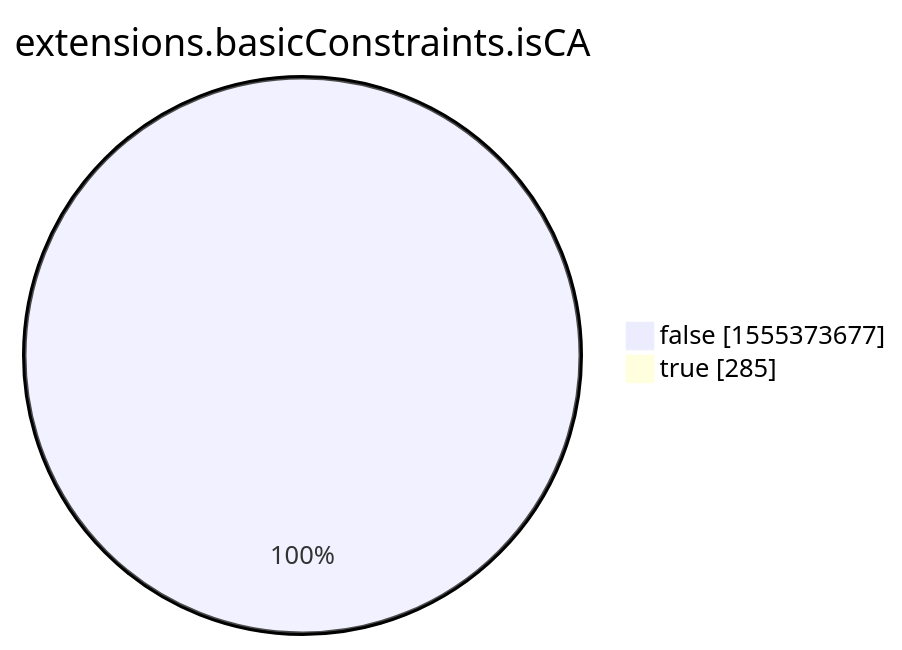
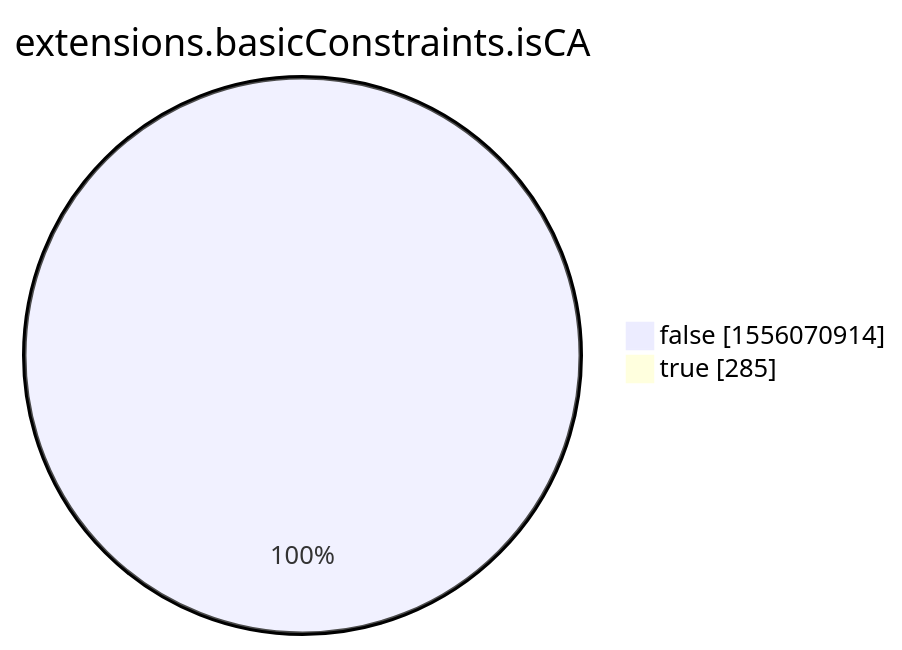
Before and after one commit to christiankrug/ctmonitor_visualization: the eighth of 15 diagrams in xenon2022/README.md, drawn with Mermaid. The commit also changed other lines of this file, not shown here.

````diff
--- a/xenon2022/README.md
+++ b/xenon2022/README.md
@@ -2860,6 +2860,6 @@
 ```mermaid
 pie showData
 title extensions.basicConstraints.isCA
-"false" :1555373677
+"false" :1556070914
 "true" :285
 ```
````
